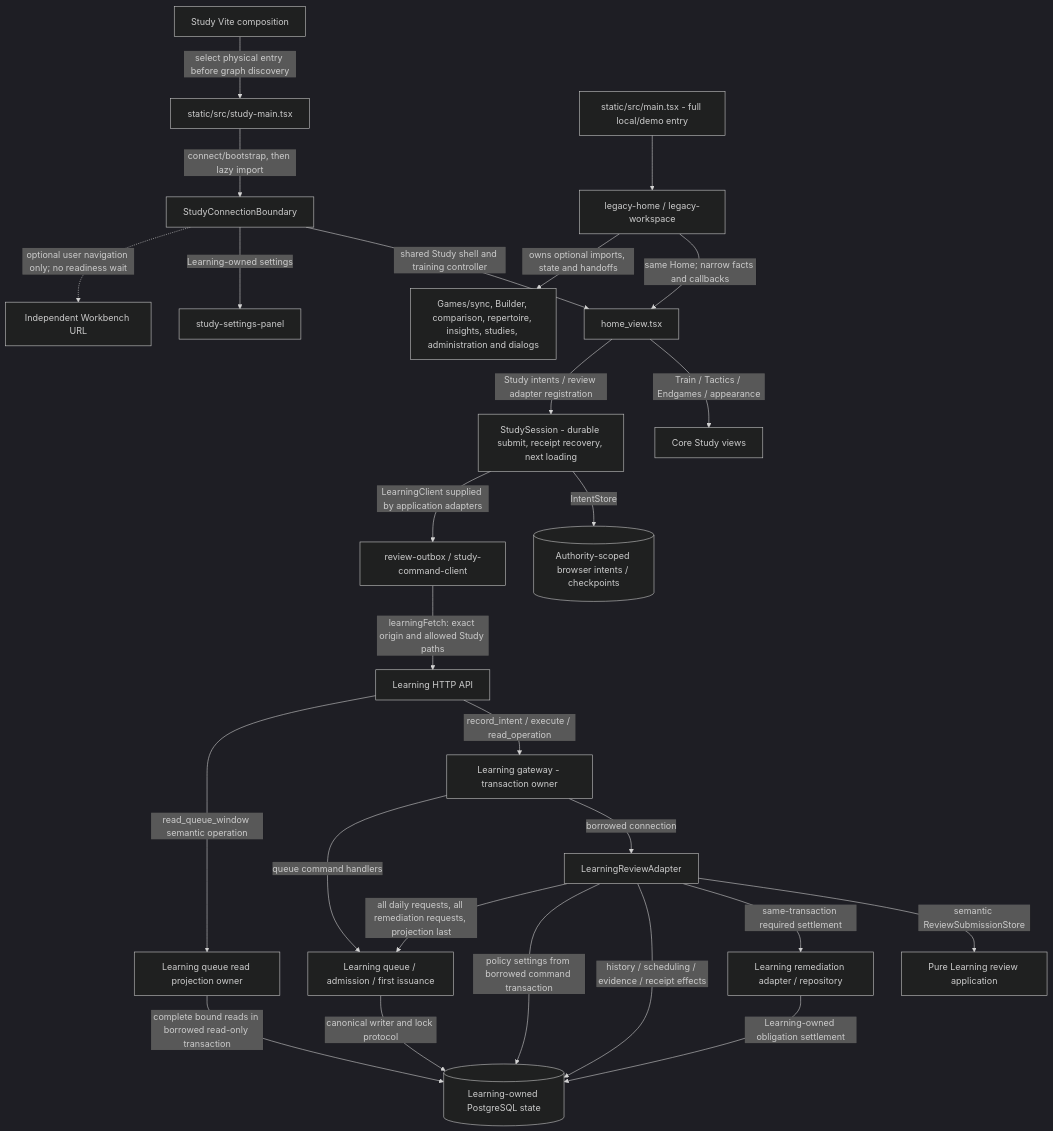
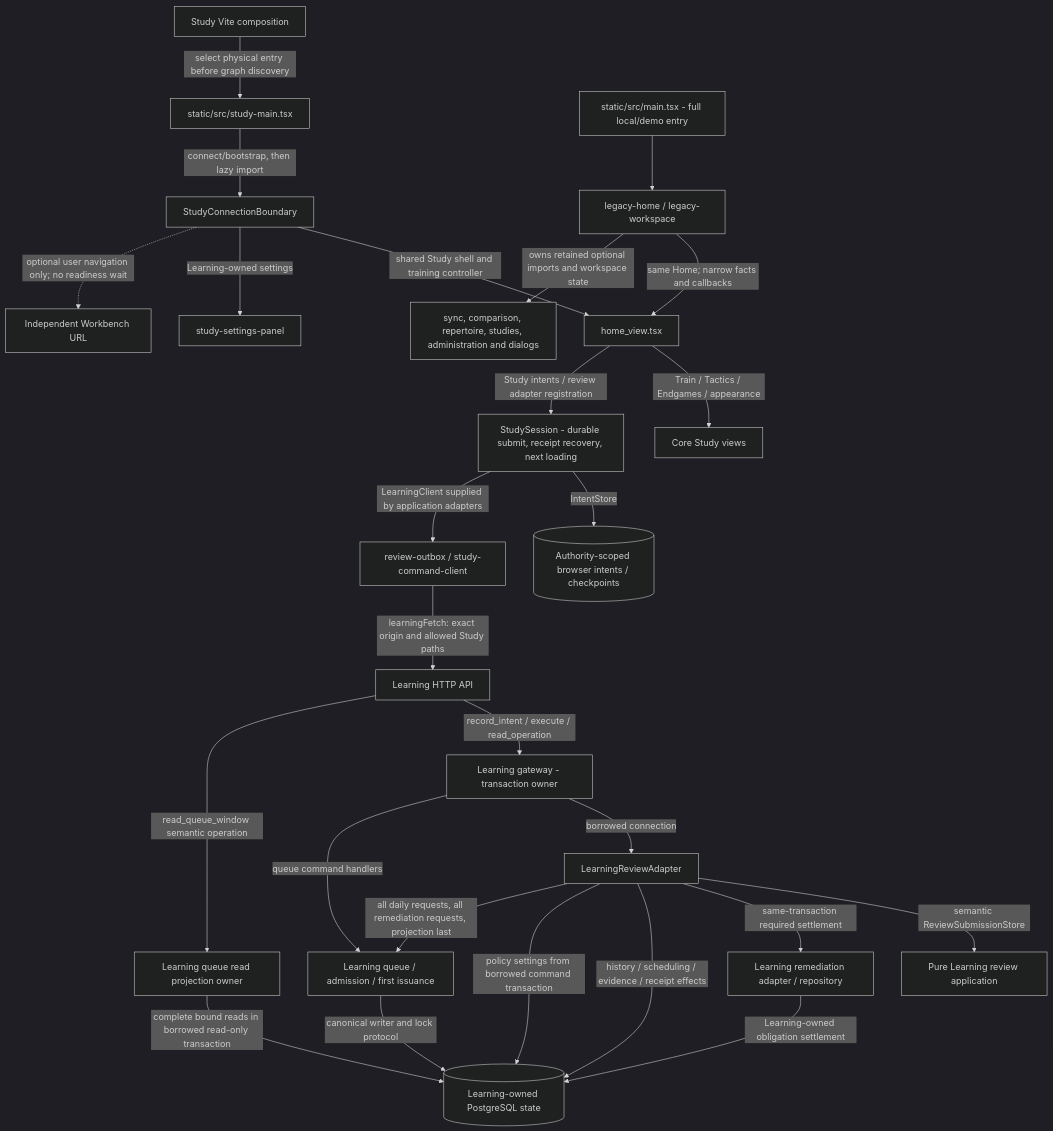
The first of 2 diagrams in app/README.md (aaweaver-actuary/tempo), drawn with Mermaid (dark theme) before and after one commit. The commit also changed other lines of this file and 79 other files, not shown here.

Commit message:
Retire optional Games and Builder UI

````diff
--- a/app/README.md
+++ b/app/README.md
@@ -27,28 +27,28 @@
 ```mermaid
 flowchart TB
   Build["Study Vite composition"] -->|"select physical entry before graph discovery"| Entry["static/src/study-main.tsx"]
   Entry -->|"connect/bootstrap, then lazy import"| Boundary["StudyConnectionBoundary"]
   Boundary -->|"shared Study shell and training controller"| Home["home_view.tsx"]
   Home -->|"Train / Tactics / Endgames / appearance"| StudyUI["Core Study views"]
   Boundary -->|"Learning-owned settings"| Settings["study-settings-panel"]
   Home -->|"Study intents / review adapter registration"| Session["StudySession - durable submit, receipt recovery, next loading"]
   Session -->|"IntentStore"| Browser[("Authority-scoped browser intents / checkpoints")]
   Session -->|"LearningClient supplied by application adapters"| Adapter["review-outbox / study-command-client"]
   Adapter -->|"learningFetch: exact origin and allowed Study paths"| HTTP["Learning HTTP API"]
   HTTP -->|"record_intent / execute / read_operation"| Gateway["Learning gateway - transaction owner"]
   Gateway -->|"borrowed connection"| Review["LearningReviewAdapter"]
   Review -->|"semantic ReviewSubmissionStore"| App["Pure Learning review application"]
   Gateway -->|"queue command handlers"| Queue["Learning queue / admission / first issuance"]
   Review -->|"same-transaction required settlement"| Remediation["Learning remediation adapter / repository"]
   Review -->|"history / scheduling / evidence / receipt effects"| DB[("Learning-owned PostgreSQL state")]
   HTTP -->|"read_queue_window semantic operation"| Projection["Learning queue read projection owner"]
   Projection -->|"complete bound reads in borrowed read-only transaction"| DB
   Review -->|"policy settings from borrowed command transaction"| DB
   Review -->|"all daily requests, all remediation requests, projection last"| Queue
   Queue -->|"canonical writer and lock protocol"| DB
   Remediation -->|"Learning-owned obligation settlement"| DB
   Full["static/src/main.tsx - full local/demo entry"] --> Legacy["legacy-home / legacy-workspace"]
   Legacy -->|"same Home; narrow facts and callbacks"| Home
-  Legacy -->|"owns optional imports, state and handoffs"| Optional["Games/sync, Builder, comparison, repertoire, insights, studies, administration and dialogs"]
+  Legacy -->|"owns retained optional imports and workspace state"| Optional["sync, comparison, repertoire, studies, administration and dialogs"]
   Boundary -.->|"optional user navigation only; no readiness wait"| WB["Independent Workbench URL"]
 ```
````
